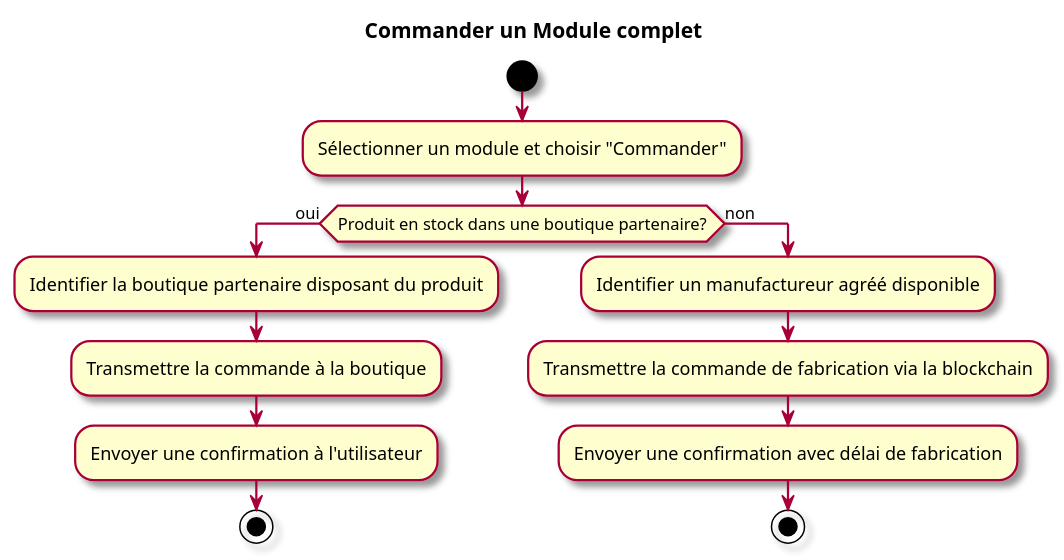
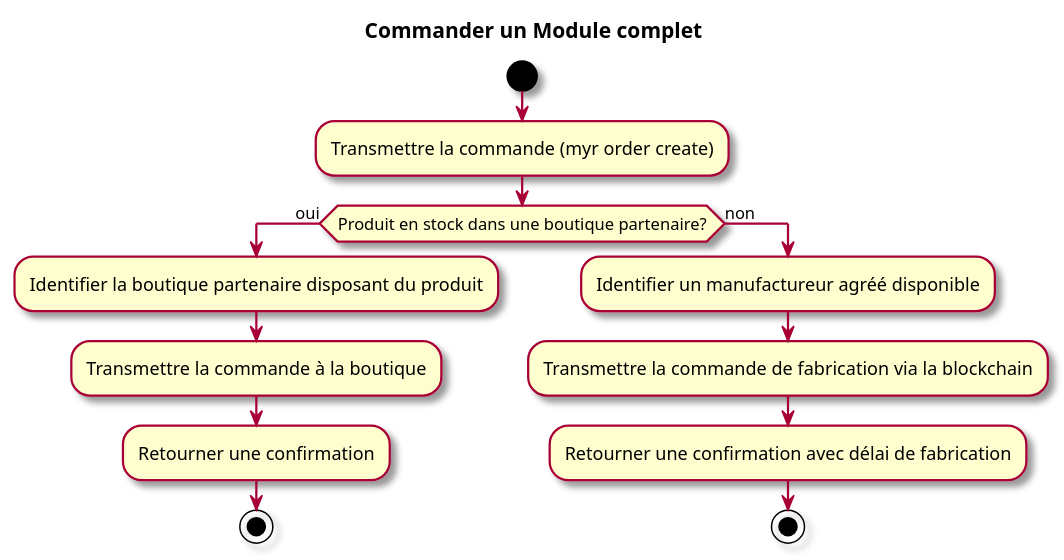
One commit to olivaux/myr changed the fourth of 4 diagrams in specs/1-Expression/UCPI-Propriete_Intellectuelle/UCPI01.md. Above: the diagram before and after it, drawn with PlantUML. The commit also changed other lines of this file and 65 other files, not shown here.

````diff
--- a/specs/1-Expression/UCPI-Propriete_Intellectuelle/UCPI01.md
+++ b/specs/1-Expression/UCPI-Propriete_Intellectuelle/UCPI01.md
@@ -98,19 +100,19 @@
 ```plantuml
 @startuml
 skin rose
 title Commander un Module complet
 start
-:Sélectionner un module et choisir "Commander";
+:Transmettre la commande (myr order create);
 if (Produit en stock dans une boutique partenaire?) then (oui)
   :Identifier la boutique partenaire disposant du produit;
   :Transmettre la commande à la boutique;
-  :Envoyer une confirmation à l'utilisateur;
+  :Retourner une confirmation;
   stop
 else (non)
   :Identifier un manufactureur agréé disponible;
   :Transmettre la commande de fabrication via la blockchain;
-  :Envoyer une confirmation avec délai de fabrication;
+  :Retourner une confirmation avec délai de fabrication;
   stop
 endif
 @enduml
 ```
````
